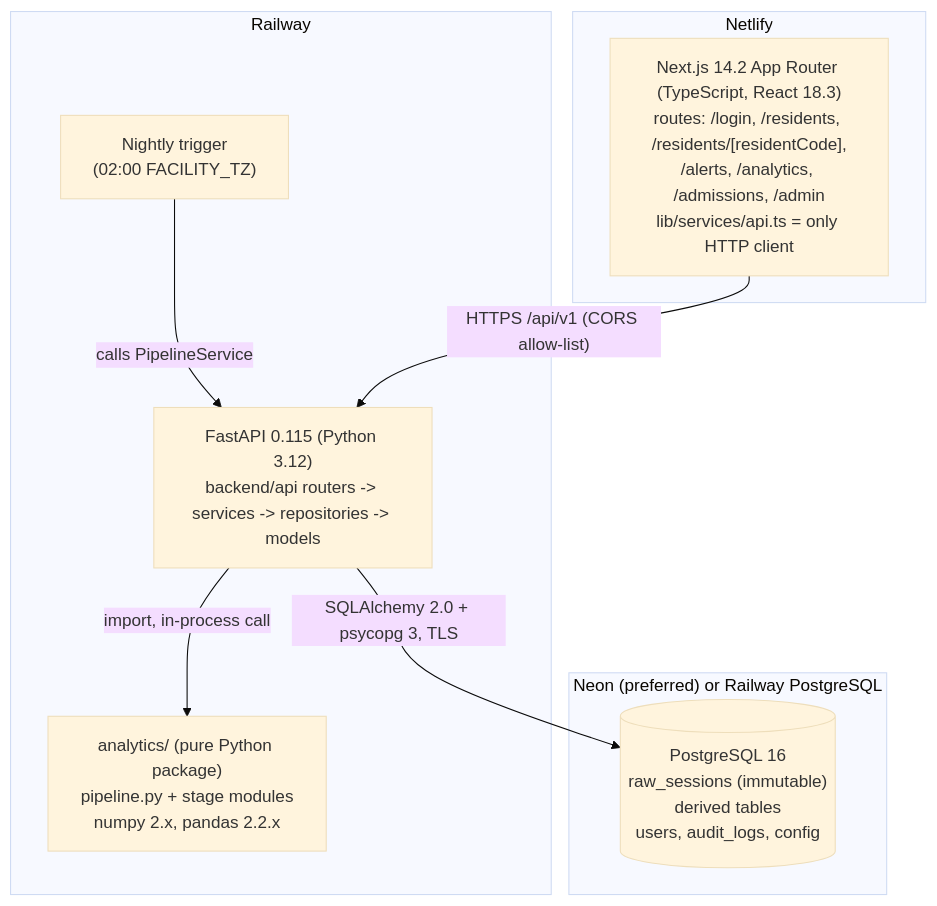
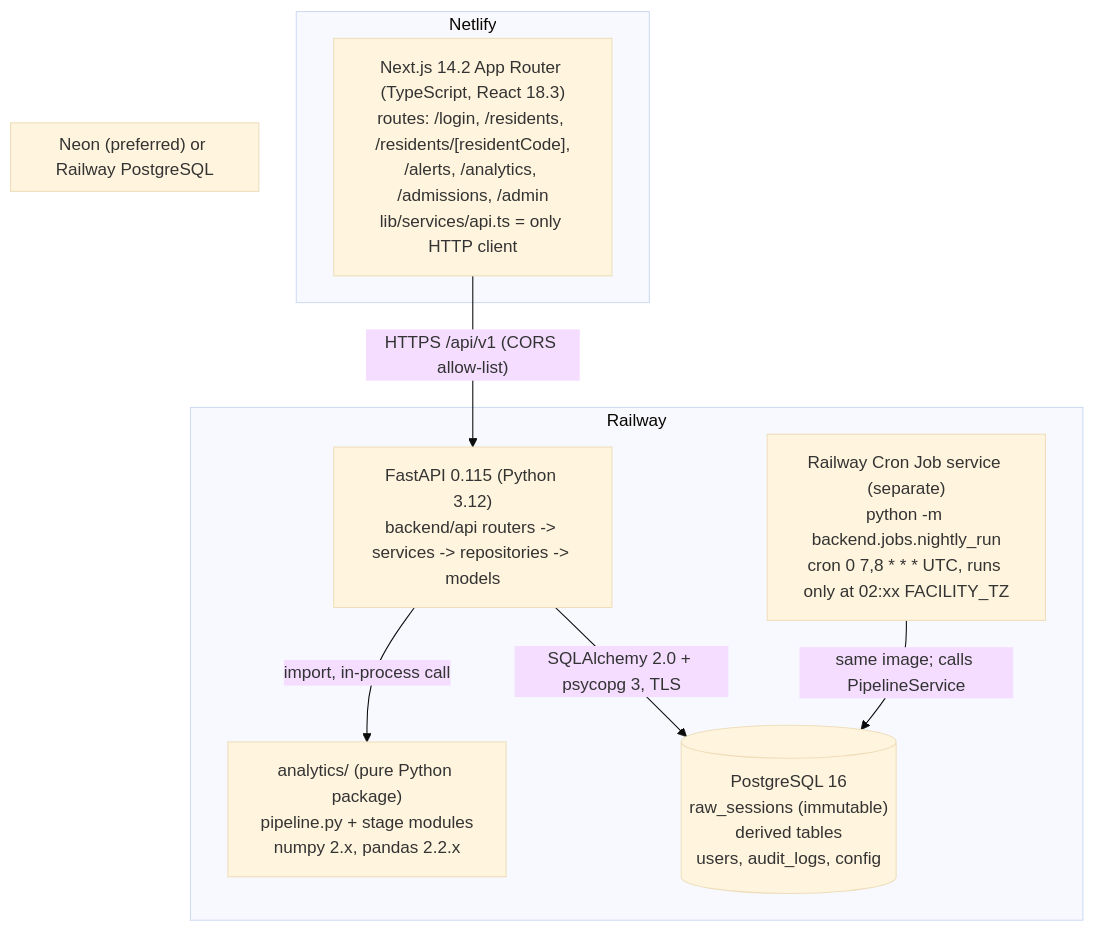
Before and after one commit to EchoWellApp/echowell: the second of 7 diagrams in specs/TRD/01_System_Architecture_TRD.md, drawn with Mermaid (base theme). The commit also changed other lines of this file and 11 other files, not shown here.

````diff
--- a/specs/TRD/01_System_Architecture_TRD.md
+++ b/specs/TRD/01_System_Architecture_TRD.md
@@ -72,18 +72,18 @@
 ```mermaid
 flowchart TB
     subgraph Netlify
         NX["Next.js 14.2 App Router (TypeScript, React 18.3)<br/>routes: /login, /residents, /residents/[residentCode],<br/>/alerts, /analytics, /admissions, /admin<br/>lib/services/api.ts = only HTTP client"]
     end
     subgraph Railway
         API["FastAPI 0.115 (Python 3.12)<br/>backend/api routers -> services -> repositories -> models"]
         ANA["analytics/ (pure Python package)<br/>pipeline.py + stage modules<br/>numpy 2.x, pandas 2.2.x"]
-        SCH["Nightly trigger<br/>(02:00 FACILITY_TZ)"]
+        SCH["Railway Cron Job service (separate)<br/>python -m backend.jobs.nightly_run<br/>cron 0 7,8 * * * UTC, runs only at 02:xx FACILITY_TZ"]
         API -- "import, in-process call" --> ANA
-        SCH -- "calls PipelineService" --> API
+        SCH -- "same image; calls PipelineService" --> PG
     end
     subgraph Neon["Neon (preferred) or Railway PostgreSQL"]
         PG[("PostgreSQL 16<br/>raw_sessions (immutable)<br/>derived tables<br/>users, audit_logs, config")]
     end
     NX -- "HTTPS /api/v1 (CORS allow-list)" --> API
     API -- "SQLAlchemy 2.0 + psycopg 3, TLS" --> PG
 ```
````
